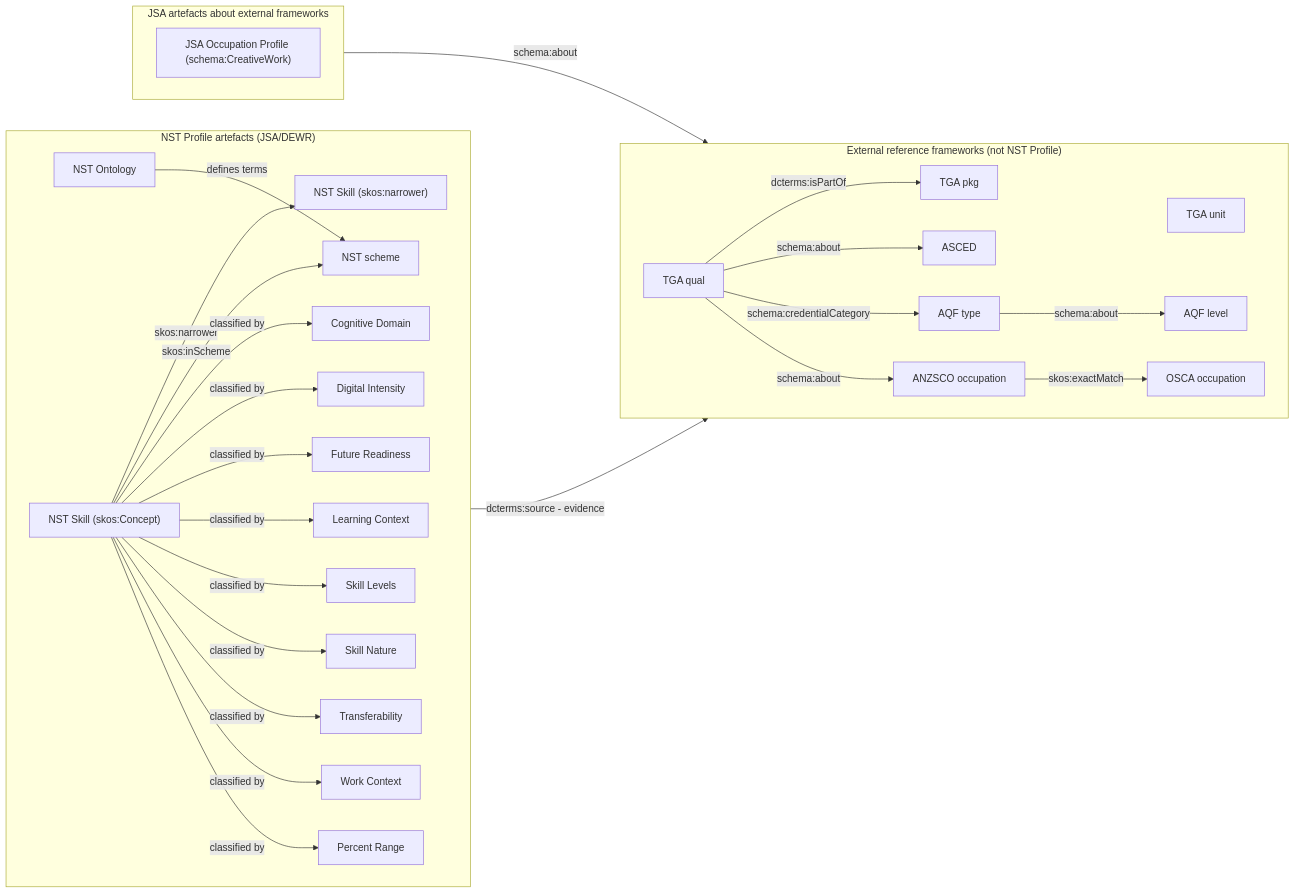
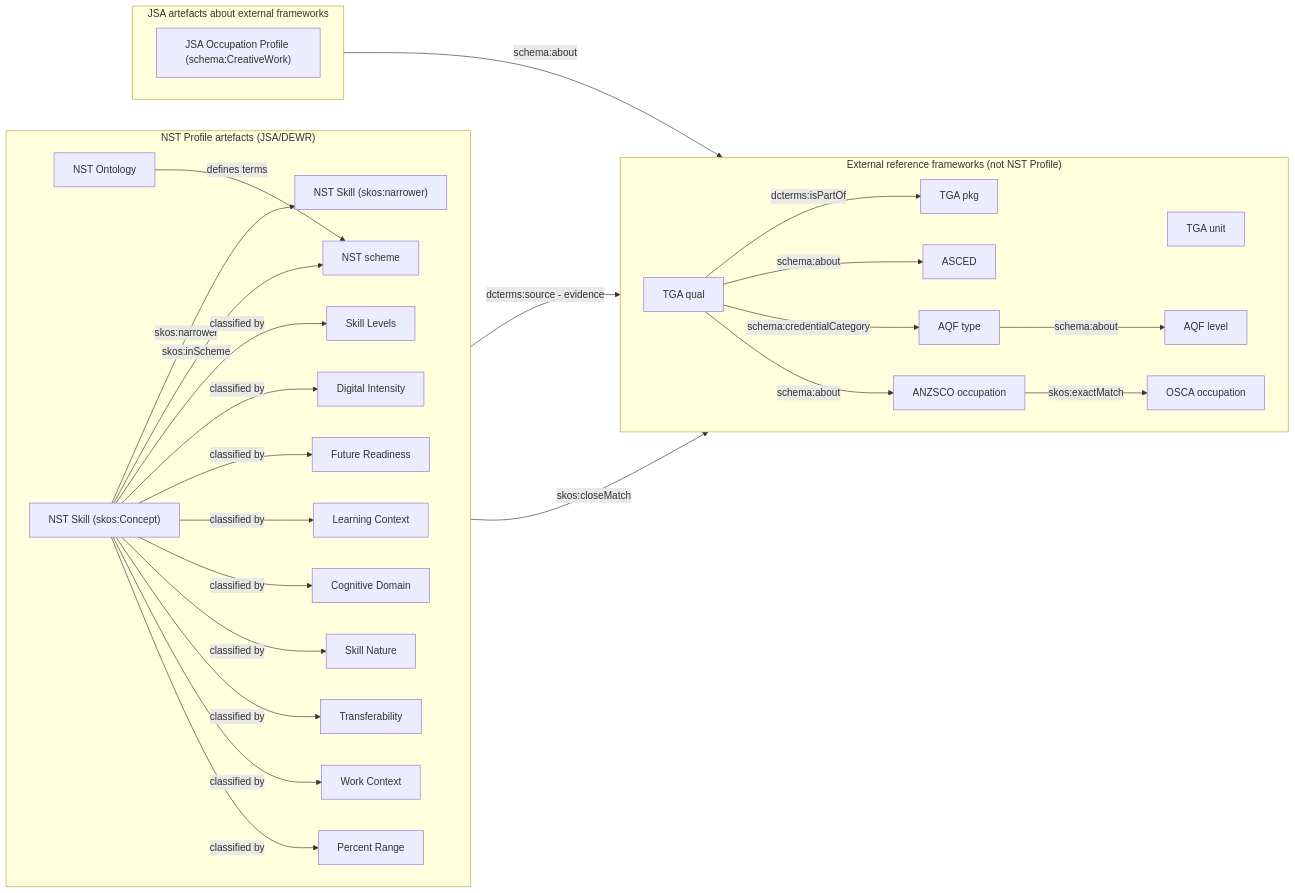
One commit to leskneebone/skills-SPARQL changed the diagram in reports/profile-diagram.md. Above: the diagram before and after it, drawn with Mermaid.

```diff
--- a/reports/profile-diagram.md
+++ b/reports/profile-diagram.md
@@ -27,11 +27,11 @@
     Skill -->|skos:inScheme| NSTScheme
 
     %% Facet links (predicate labels illustrative)
-    Skill -->|classified by | Cog
+    Skill -->|classified by | Level
     Skill -->|classified by| Dig
     Skill -->|classified by| Fut
     Skill -->|classified by| Learn
-    Skill -->|classified by| Level
+    Skill -->|classified by| Cog
     Skill -->|classified by| Nature
     Skill -->|classified by| Trans
     Skill -->|classified by| Work
@@ -76,6 +76,7 @@
   Qual -->|schema:about| ASCED
   Qual -->|schema:credentialCategory| AQFType
   AQFType -->|schema:about| AQFLevel
+  Level -->|skos:closeMatch| AQFLevel
 
   %% Corrected canonical direction:
   Qual -->|schema:about| ANZSCO
```
